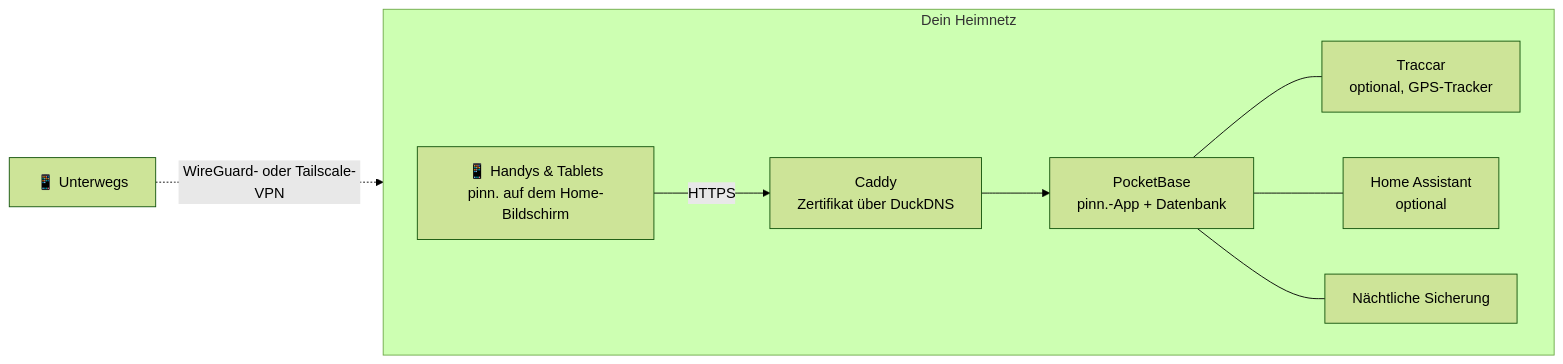
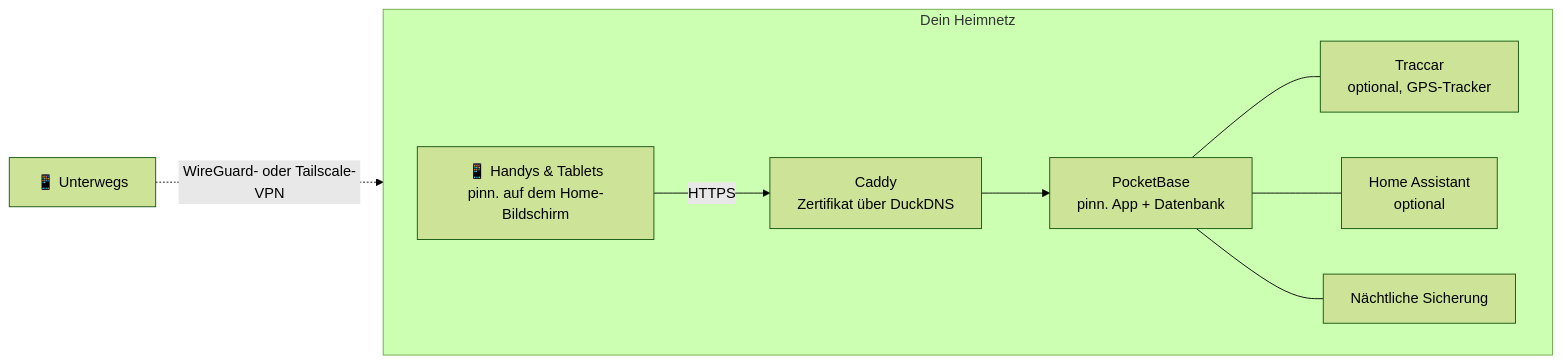
One commit to pinn-shost/pinn changed the diagram in README.de.md. Above: the diagram before and after it, drawn with Mermaid (forest theme). The commit also changed other lines of this file and 2 other files, not shown here.

````diff
--- a/README.de.md
+++ b/README.de.md
@@ -77,12 +77,12 @@
 ```mermaid
 flowchart LR
   subgraph Home["Dein Heimnetz"]
     direction LR
     P["📱 Handys & Tablets<br/>pinn. auf dem Home-Bildschirm"] -->|HTTPS| C["Caddy<br/>Zertifikat über DuckDNS"]
-    C --> PB["PocketBase<br/>pinn.-App + Datenbank"]
+    C --> PB["PocketBase<br/>pinn. App + Datenbank"]
     PB --- T["Traccar<br/>optional, GPS-Tracker"]
     PB --- HA["Home Assistant<br/>optional"]
     PB --- B["Nächtliche Sicherung"]
   end
   R["📱 Unterwegs"] -.->|"WireGuard- oder Tailscale-VPN"| C
 ```
````
